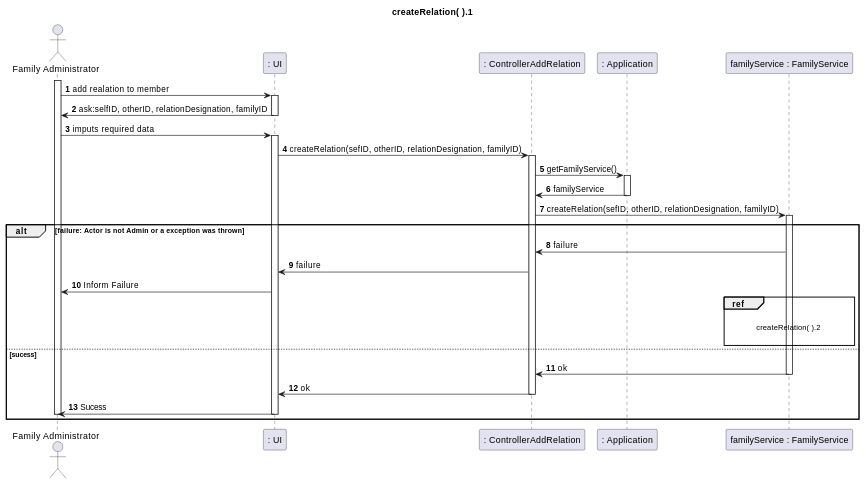
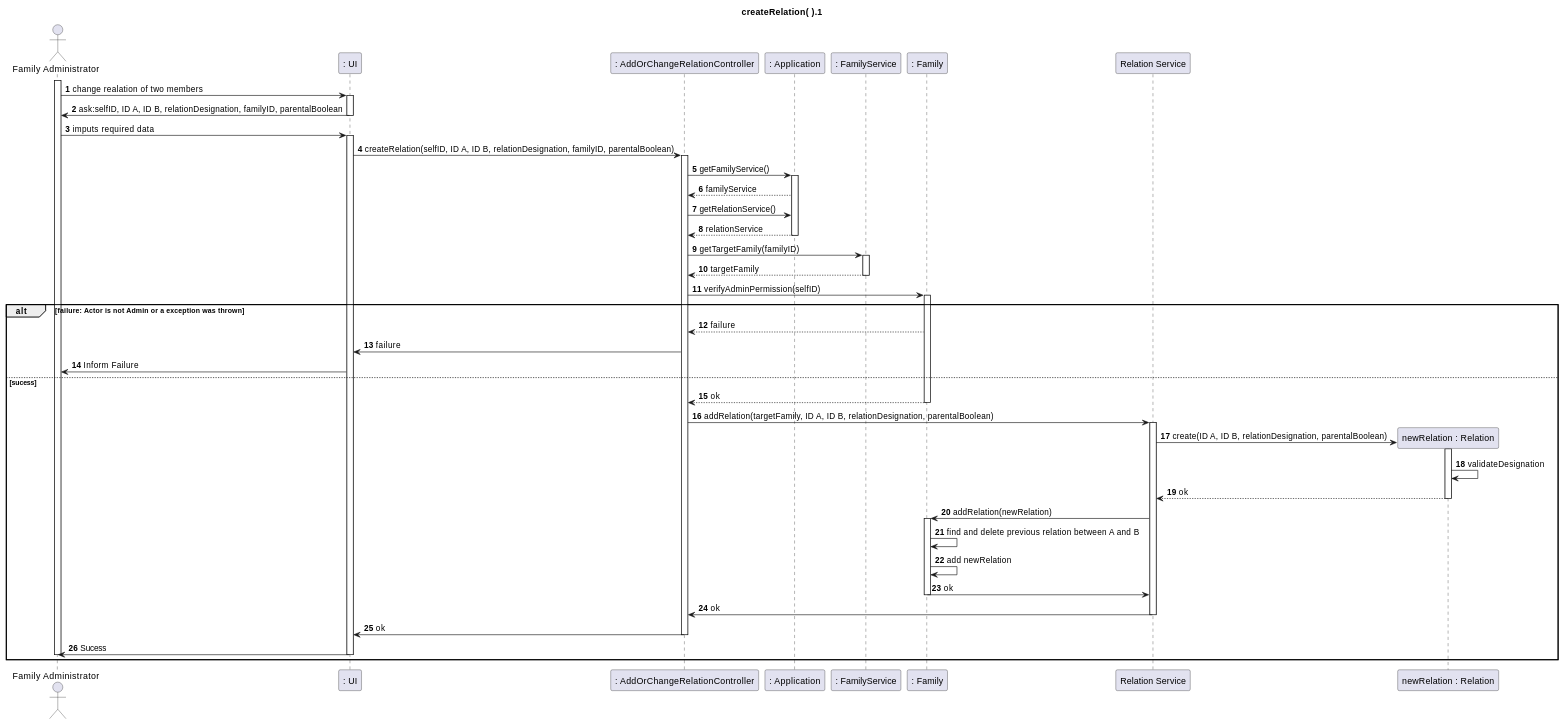
The third of 4 diagrams in docs/sprint2/user_stories/US106_ChangeRelation.md (tomas-osswald/switch_2020_g3), drawn with PlantUML before and after one commit. The commit also changed other lines of this file, not shown here.

````diff
--- a/docs/sprint2/user_stories/US106_ChangeRelation.md
+++ b/docs/sprint2/user_stories/US106_ChangeRelation.md
@@ -112,56 +135,72 @@
 ```puml
 autonumber
 
 title createRelation( ).1
 
 actor "Family Administrator" as familyAdministrator
 participant ": UI" as ui
-participant ": ControllerAddRelation" as controler
+participant ": AddOrChangeRelationController" as controler
 participant ": Application" as app
-participant "familyService : FamilyService" as service
-
+participant ": FamilyService" as service
+participant ": Family" as family
+participant "Relation Service" as relServ
+participant "newRelation : Relation" as relation
 
 activate familyAdministrator
-familyAdministrator -> ui : add realation to member
+familyAdministrator -> ui : change realation of two members
 activate ui
-ui -> familyAdministrator : ask:selfID, otherID, relationDesignation, familyID
+ui -> familyAdministrator : ask:selfID, ID A, ID B, relationDesignation, familyID, parentalBoolean
 deactivate ui 
 familyAdministrator -> ui : imputs required data
 activate ui
-ui -> controler : createRelation(sefID, otherID, relationDesignation, familyID)
+ui -> controler : createRelation(selfID, ID A, ID B, relationDesignation, familyID, parentalBoolean)
 activate controler
 
 controler -> app : getFamilyService()
 activate app
-app -> controler : familyService
+app --> controler : familyService
+controler -> app : getRelationService()
+app --> controler : relationService
 deactivate app
 
-controler -> service : createRelation(sefID, otherID, relationDesignation, familyID)
+controler -> service : getTargetFamily(familyID)
 activate service
+service-->controler: targetFamily
+deactivate service
+
+controler->family: verifyAdminPermission(selfID)
+activate family
 
 alt failure: Actor is not Admin or a exception was thrown
 
-service -> controler : failure
+family --> controler : failure
 controler -> ui : failure
 ui -> familyAdministrator : Inform Failure
 
-ref over service
-
-createRelation( ).2 
-
-end ref
-
 else sucess
-
-service -> controler : ok
-
-deactivate service
+family-->controler: ok
+deactivate family
+controler->relServ: addRelation(targetFamily, ID A, ID B, relationDesignation, parentalBoolean)
+activate relServ
+relServ->relation**: create(ID A, ID B, relationDesignation, parentalBoolean)
+activate relation
+relation->relation: validateDesignation
+relation-->relServ: ok
+deactivate relation
+relServ->family: addRelation(newRelation)
+activate family
+family->family: find and delete previous relation between A and B
+family->family: add newRelation
+family->relServ: ok
+deactivate family
+relServ->controler:ok
+deactivate relServ 
 controler -> ui : ok
 deactivate controler
 ui -> familyAdministrator : Sucess
 deactivate ui
 deactivate familyAdministrator
 
 end
 
 ```
````
